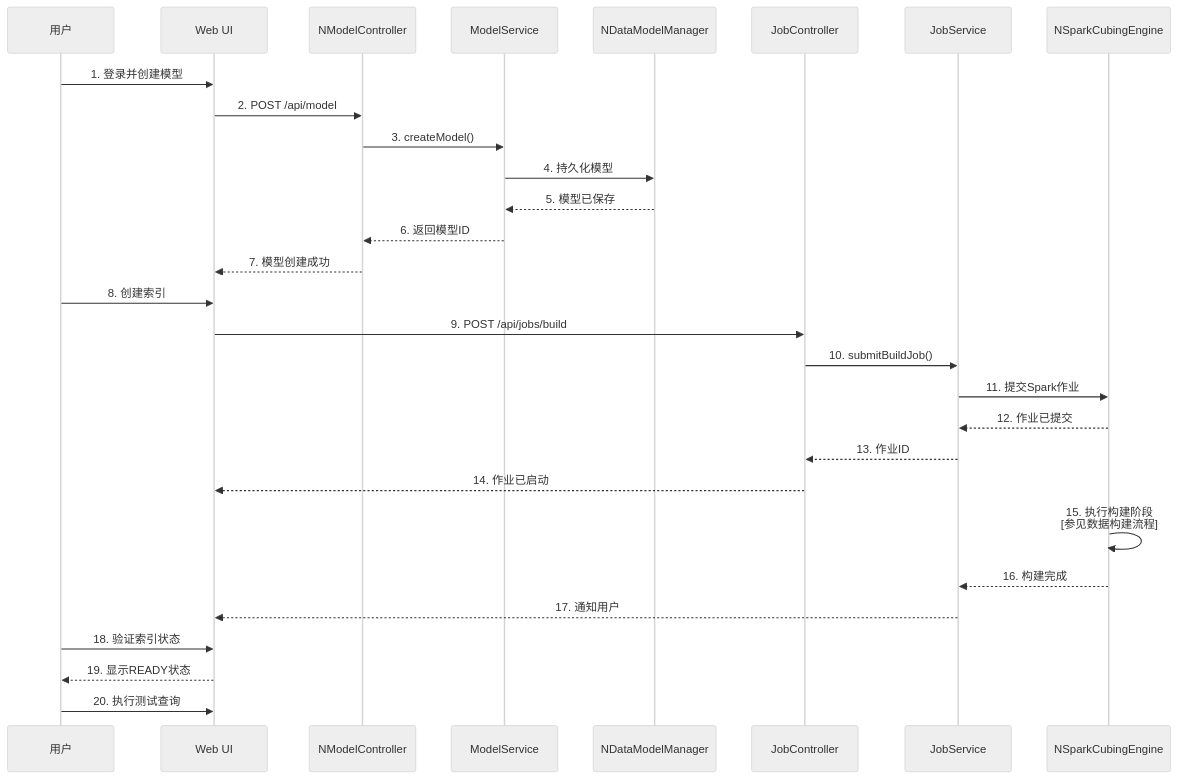
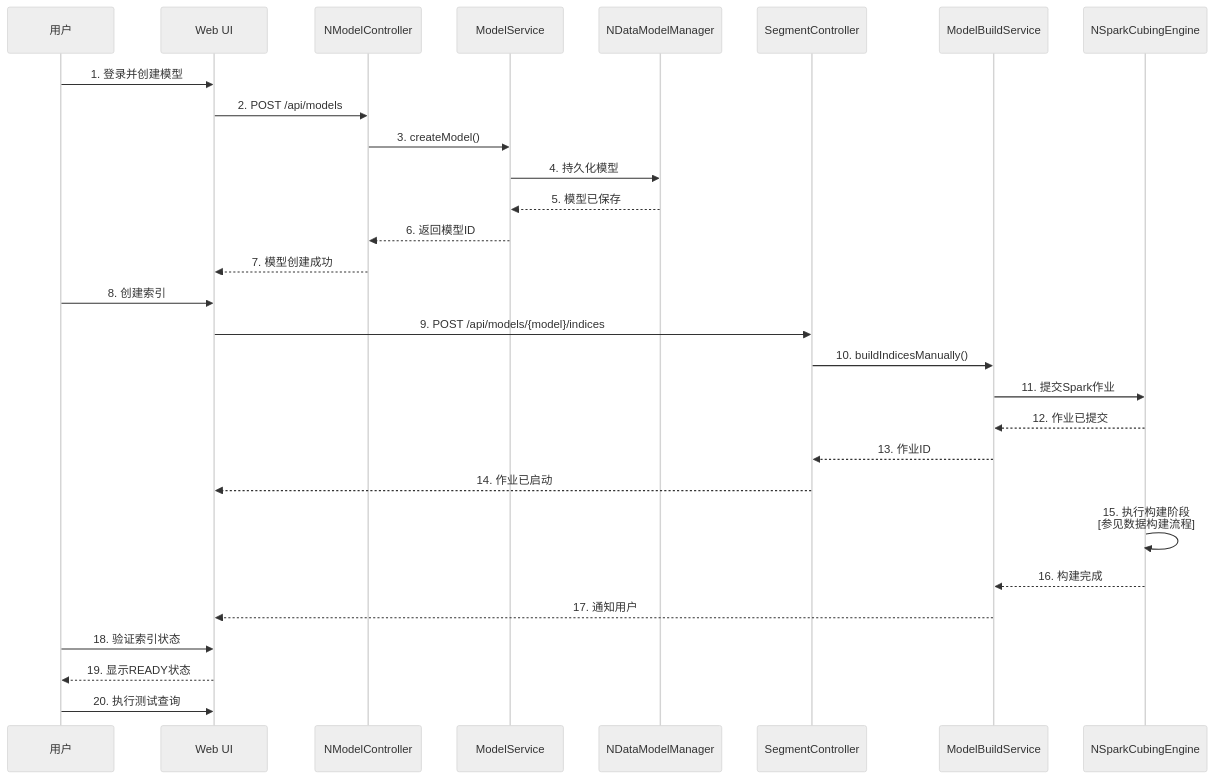
One commit to insomniacdoll/kylin changed the eighth of 13 diagrams in doc/user-workflow.md. Above: the diagram before and after it, drawn with Mermaid (neutral theme). The commit also changed other lines of this file and 1 other file, not shown here.

Commit message:
add architecture.md and user-workflow.md

````diff
--- a/doc/user-workflow.md
+++ b/doc/user-workflow.md
@@ -189,35 +189,35 @@
 ```mermaid
 sequenceDiagram
     participant User as 用户
     participant UI as Web UI
-    participant Ctrl as NModelController
+    participant ModelCtrl as NModelController
     participant ModelSvc as ModelService
     participant ModelMgr as NDataModelManager
-    participant JobCtrl as JobController
-    participant JobSvc as JobService
+    participant SegCtrl as SegmentController
+    participant ModelBuildSvc as ModelBuildService
     participant Engine as NSparkCubingEngine
 
     User->>UI: 1. 登录并创建模型
-    UI->>Ctrl: 2. POST /api/model
-    Ctrl->>ModelSvc: 3. createModel()
+    UI->>ModelCtrl: 2. POST /api/models
+    ModelCtrl->>ModelSvc: 3. createModel()
     ModelSvc->>ModelMgr: 4. 持久化模型
     ModelMgr-->>ModelSvc: 5. 模型已保存
-    ModelSvc-->>Ctrl: 6. 返回模型ID
-    Ctrl-->>UI: 7. 模型创建成功
+    ModelSvc-->>ModelCtrl: 6. 返回模型ID
+    ModelCtrl-->>UI: 7. 模型创建成功
 
     User->>UI: 8. 创建索引
-    UI->>JobCtrl: 9. POST /api/jobs/build
-    JobCtrl->>JobSvc: 10. submitBuildJob()
-    JobSvc->>Engine: 11. 提交Spark作业
-    Engine-->>JobSvc: 12. 作业已提交
-    JobSvc-->>JobCtrl: 13. 作业ID
-    JobCtrl-->>UI: 14. 作业已启动
+    UI->>SegCtrl: 9. POST /api/models/{model}/indices
+    SegCtrl->>ModelBuildSvc: 10. buildIndicesManually()
+    ModelBuildSvc->>Engine: 11. 提交Spark作业
+    Engine-->>ModelBuildSvc: 12. 作业已提交
+    ModelBuildSvc-->>SegCtrl: 13. 作业ID
+    SegCtrl-->>UI: 14. 作业已启动
 
     Engine->>Engine: 15. 执行构建阶段<br/>[参见数据构建流程]
-    Engine-->>JobSvc: 16. 构建完成
-    JobSvc-->>UI: 17. 通知用户
+    Engine-->>ModelBuildSvc: 16. 构建完成
+    ModelBuildSvc-->>UI: 17. 通知用户
 
     User->>UI: 18. 验证索引状态
     UI-->>User: 19. 显示READY状态
     User->>UI: 20. 执行测试查询
 ```
````
